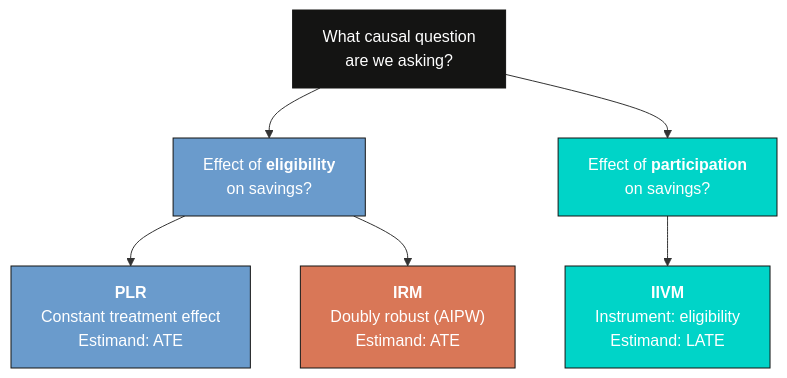
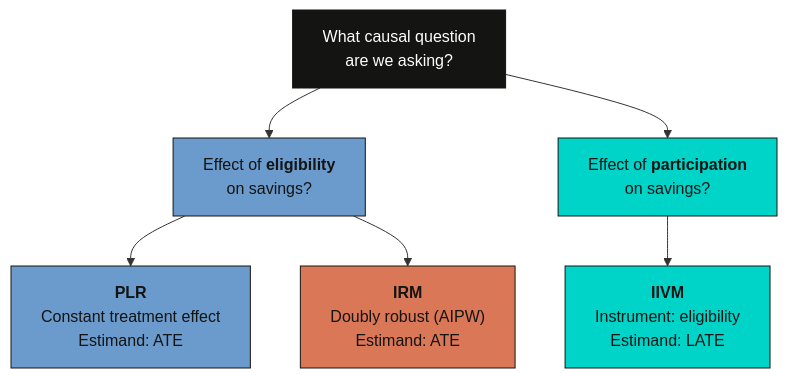
Before and after one commit to cmg777/starter-academic-v501: the second of 2 diagrams in content/post/python_doubleml_pension/index.md, drawn with Mermaid. The commit also changed other lines of this file and 67 other files, not shown here.

First line of the commit message:
fix(mermaid): readable diagram text in both themes across the site

````diff
--- a/content/post/python_doubleml_pension/index.md
+++ b/content/post/python_doubleml_pension/index.md
@@ -265,15 +265,15 @@
 ```mermaid
 graph TD
     Q["What causal question<br/>are we asking?"] --> A["Effect of <b>eligibility</b><br/>on savings?"]
     Q --> B["Effect of <b>participation</b><br/>on savings?"]
     A --> PLR["<b>PLR</b><br/>Constant treatment effect<br/>Estimand: ATE"]
     A --> IRM["<b>IRM</b><br/>Doubly robust (AIPW)<br/>Estimand: ATE"]
     B --> IIVM["<b>IIVM</b><br/>Instrument: eligibility<br/>Estimand: LATE"]
 
     style Q fill:#141413,stroke:#141413,color:#fff
-    style A fill:#6a9bcc,stroke:#141413,color:#fff
-    style B fill:#00d4c8,stroke:#141413,color:#fff
-    style PLR fill:#6a9bcc,stroke:#141413,color:#fff
-    style IRM fill:#d97757,stroke:#141413,color:#fff
-    style IIVM fill:#00d4c8,stroke:#141413,color:#fff
+    style A fill:#6a9bcc,stroke:#141413,color:#141413
+    style B fill:#00d4c8,stroke:#141413,color:#141413
+    style PLR fill:#6a9bcc,stroke:#141413,color:#141413
+    style IRM fill:#d97757,stroke:#141413,color:#141413
+    style IIVM fill:#00d4c8,stroke:#141413,color:#141413
 ```
````
